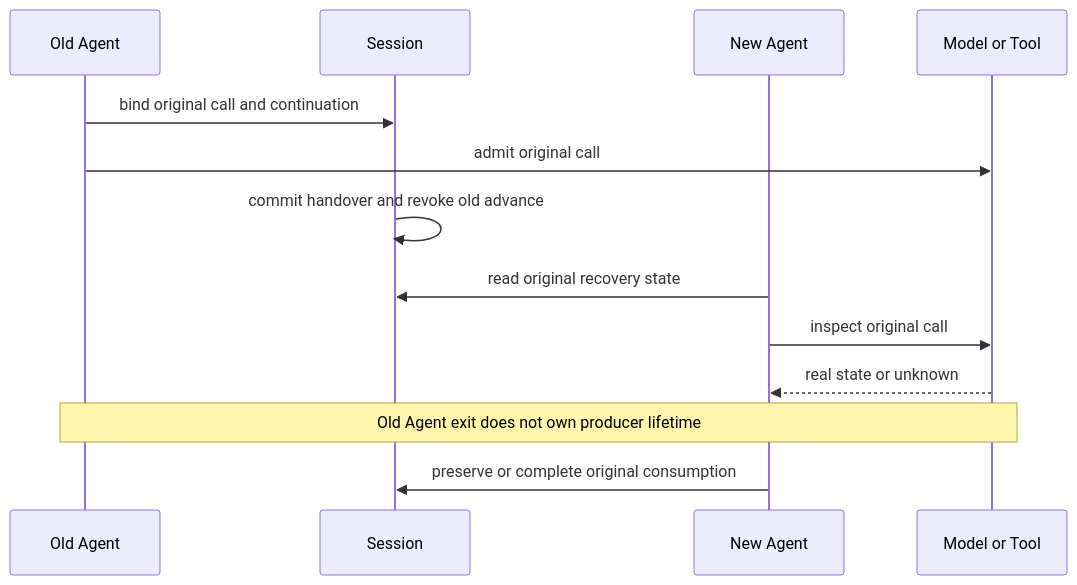
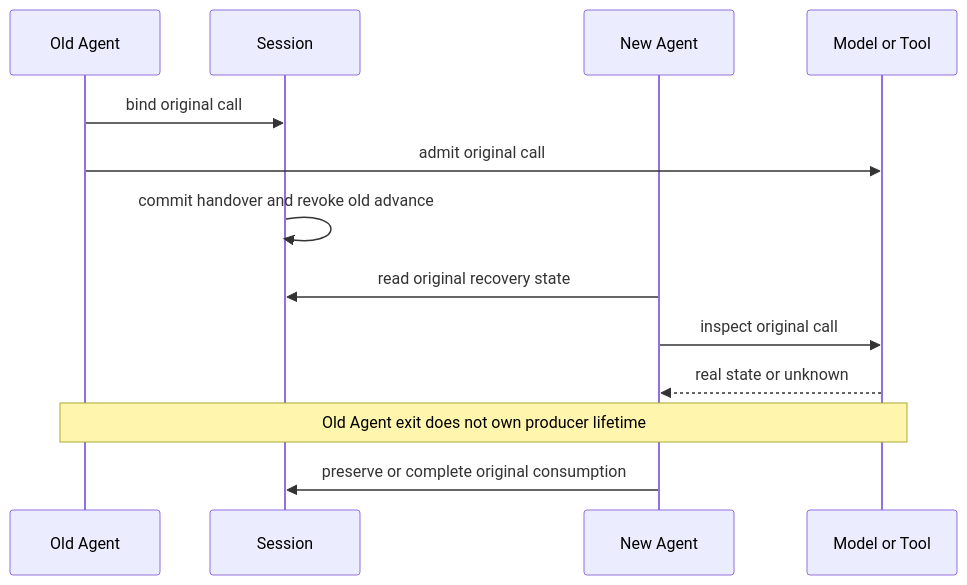
Before and after one commit to nemori-ai/omne-harness-lite: the second of 2 diagrams in packages/session/session-contract/docs/context.md, drawn with Mermaid. The commit also changed other lines of this file and 13 other files, not shown here.

````diff
--- a/packages/session/session-contract/docs/context.md
+++ b/packages/session/session-contract/docs/context.md
@@ -38,15 +38,15 @@
 ```mermaid
 sequenceDiagram
   participant Old as Old Agent
   participant S as Session
   participant New as New Agent
   participant M as Model or Tool
-  Old->>S: bind original call and continuation
+  Old->>S: bind original call
   Old->>M: admit original call
   S->>S: commit handover and revoke old advance
   New->>S: read original recovery state
   New->>M: inspect original call
   M-->>New: real state or unknown
   Note over Old,M: Old Agent exit does not own producer lifetime
   New->>S: preserve or complete original consumption
 ```
````
